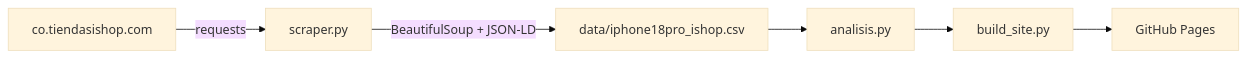
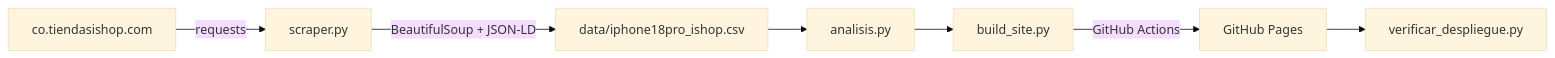
The diagram in README.md (camilolondono-IUD/scraping-iphone-ishop), drawn with Mermaid (base theme) before and after one commit. The commit also changed other lines of this file and 1 other file, not shown here.

Commit message:
docs(readme): reorganizar con introducción, instalación, uso, automatización y despliegue

````diff
--- a/README.md
+++ b/README.md
@@ -33,8 +52,9 @@
 ```mermaid
 flowchart LR
     A[co.tiendasishop.com] -->|requests| B[scraper.py]
     B -->|BeautifulSoup + JSON-LD| C[data/iphone18pro_ishop.csv]
     C --> D[analisis.py]
     D --> E[build_site.py]
-    E --> F[GitHub Pages]
+    E -->|GitHub Actions| F[GitHub Pages]
+    F --> G[verificar_despliegue.py]
 ```
````
